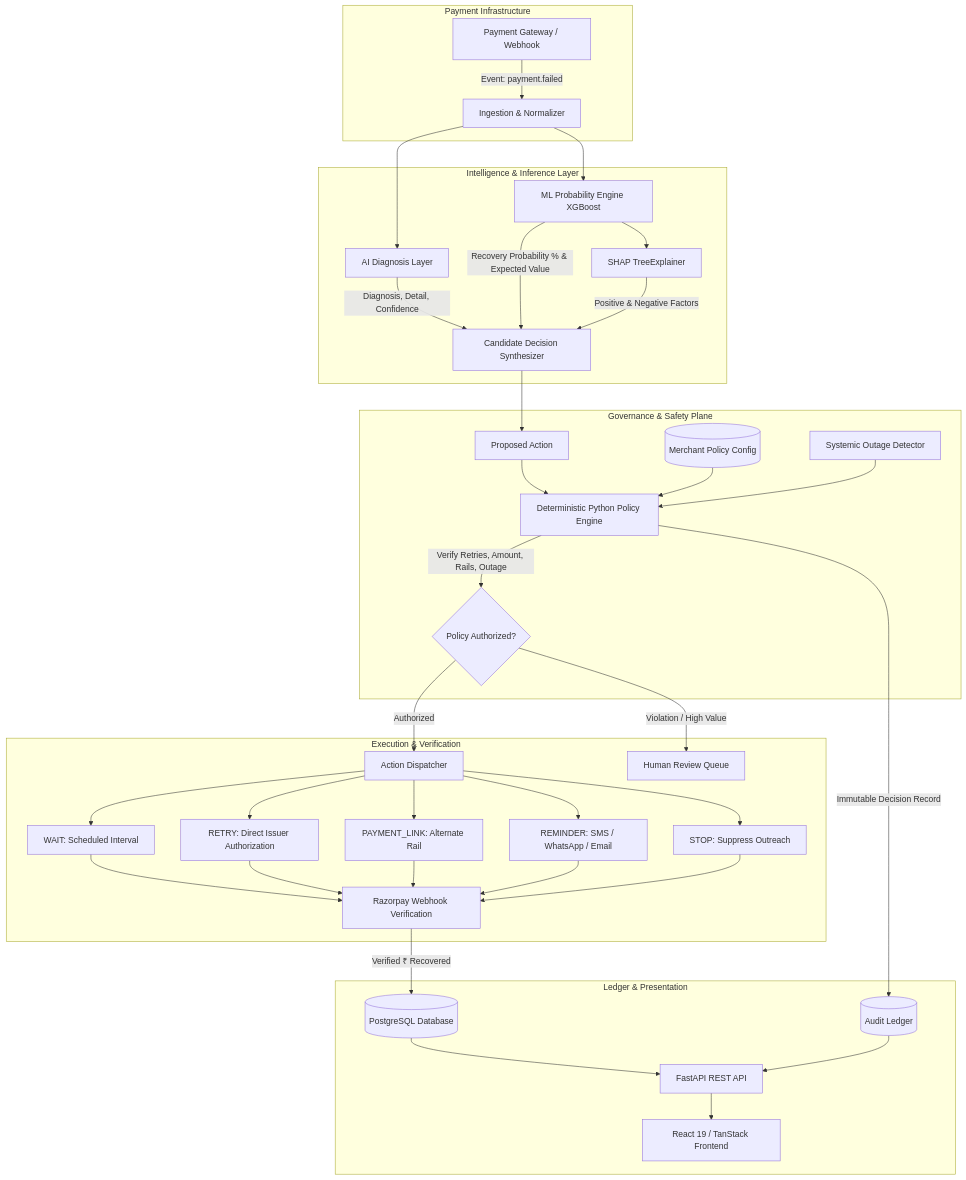
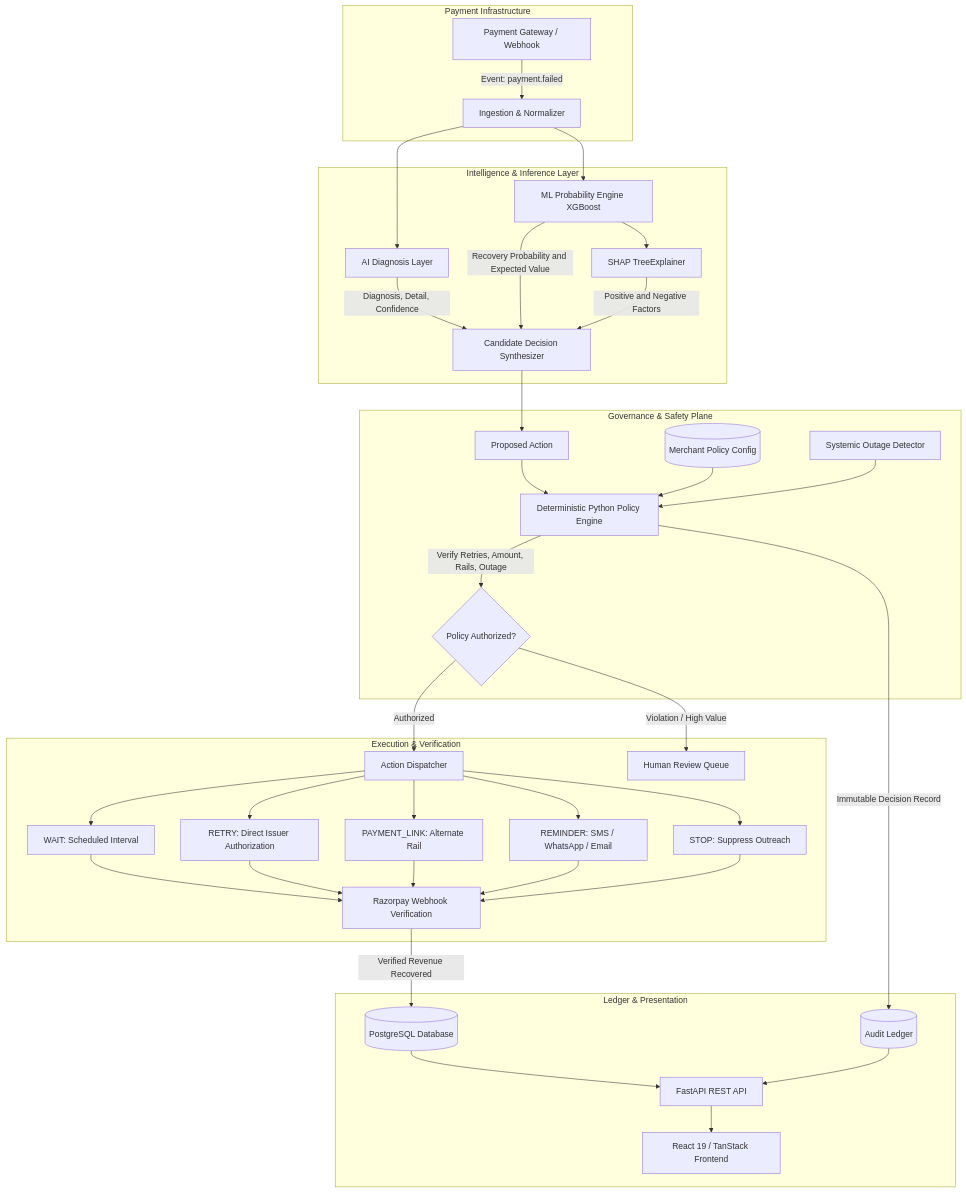
Before and after one commit to Aditya0825-crypto/Recover-agent-os: the first of 4 diagrams in docs/DOCUMENTATION.md, drawn with Mermaid. The commit also changed 1 other file, not shown here.

````diff
--- a/docs/DOCUMENTATION.md
+++ b/docs/DOCUMENTATION.md
@@ -22,42 +22,42 @@
 ```mermaid
 flowchart TD
     subgraph Payment Infrastructure
-        RZP[Payment Gateway / Webhook] -->|Event: payment.failed| INGEST[Ingestion & Normalizer]
+        RZP["Payment Gateway / Webhook"] -->|"Event: payment.failed"| INGEST["Ingestion & Normalizer"]
     end
 
     subgraph Intelligence & Inference Layer
-        INGEST --> DIAG[AI Diagnosis Layer]
-        INGEST --> ML[ML Probability Engine XGBoost]
-        ML --> SHAP[SHAP TreeExplainer]
-        DIAG -->|Diagnosis, Detail, Confidence| COMBINE[Candidate Decision Synthesizer]
-        ML -->|Recovery Probability % & Expected Value| COMBINE
-        SHAP -->|Positive & Negative Factors| COMBINE
+        INGEST --> DIAG["AI Diagnosis Layer"]
+        INGEST --> ML["ML Probability Engine XGBoost"]
+        ML --> SHAP["SHAP TreeExplainer"]
+        DIAG -->|"Diagnosis, Detail, Confidence"| COMBINE["Candidate Decision Synthesizer"]
+        ML -->|"Recovery Probability and Expected Value"| COMBINE
+        SHAP -->|"Positive and Negative Factors"| COMBINE
     end
 
     subgraph Governance & Safety Plane
-        COMBINE --> PROPOSAL[Proposed Action]
-        PROPOSAL --> POLICY[Deterministic Python Policy Engine]
-        RULES[(Merchant Policy Config)] --> POLICY
-        OUTAGE[Systemic Outage Detector] --> POLICY
-        POLICY -->|Verify Retries, Amount, Rails, Outage| CHECK{Policy Authorized?}
+        COMBINE --> PROPOSAL["Proposed Action"]
+        PROPOSAL --> POLICY["Deterministic Python Policy Engine"]
+        RULES[("Merchant Policy Config")] --> POLICY
+        OUTAGE["Systemic Outage Detector"] --> POLICY
+        POLICY -->|"Verify Retries, Amount, Rails, Outage"| CHECK{"Policy Authorized?"}
     end
 
     subgraph Execution & Verification
-        CHECK -->|Authorized| EXEC[Action Dispatcher]
-        CHECK -->|Violation / High Value| ESCALATE[Human Review Queue]
-        EXEC --> ACT1[WAIT: Scheduled Interval]
-        EXEC --> ACT2[RETRY: Direct Issuer Authorization]
-        EXEC --> ACT3[PAYMENT_LINK: Alternate Rail]
-        EXEC --> ACT4[REMINDER: SMS / WhatsApp / Email]
-        EXEC --> ACT5[STOP: Suppress Outreach]
-        ACT1 & ACT2 & ACT3 & ACT4 & ACT5 --> VERIFY[Razorpay Webhook Verification]
+        CHECK -->|"Authorized"| EXEC["Action Dispatcher"]
+        CHECK -->|"Violation / High Value"| ESCALATE["Human Review Queue"]
+        EXEC --> ACT1["WAIT: Scheduled Interval"]
+        EXEC --> ACT2["RETRY: Direct Issuer Authorization"]
+        EXEC --> ACT3["PAYMENT_LINK: Alternate Rail"]
+        EXEC --> ACT4["REMINDER: SMS / WhatsApp / Email"]
+        EXEC --> ACT5["STOP: Suppress Outreach"]
+        ACT1 & ACT2 & ACT3 & ACT4 & ACT5 --> VERIFY["Razorpay Webhook Verification"]
     end
 
     subgraph Ledger & Presentation
-        VERIFY -->|Verified ₹ Recovered| DB[(PostgreSQL Database)]
-        POLICY -->|Immutable Decision Record| AUDIT[(Audit Ledger)]
-        DB --> API[FastAPI REST API]
+        VERIFY -->|"Verified Revenue Recovered"| DB[("PostgreSQL Database")]
+        POLICY -->|"Immutable Decision Record"| AUDIT[("Audit Ledger")]
+        DB --> API["FastAPI REST API"]
         AUDIT --> API
-        API --> UI[React 19 / TanStack Frontend]
+        API --> UI["React 19 / TanStack Frontend"]
     end
 ```
````
